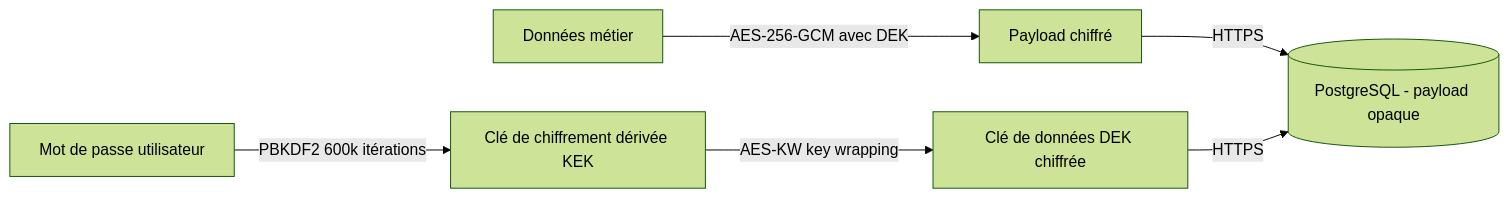
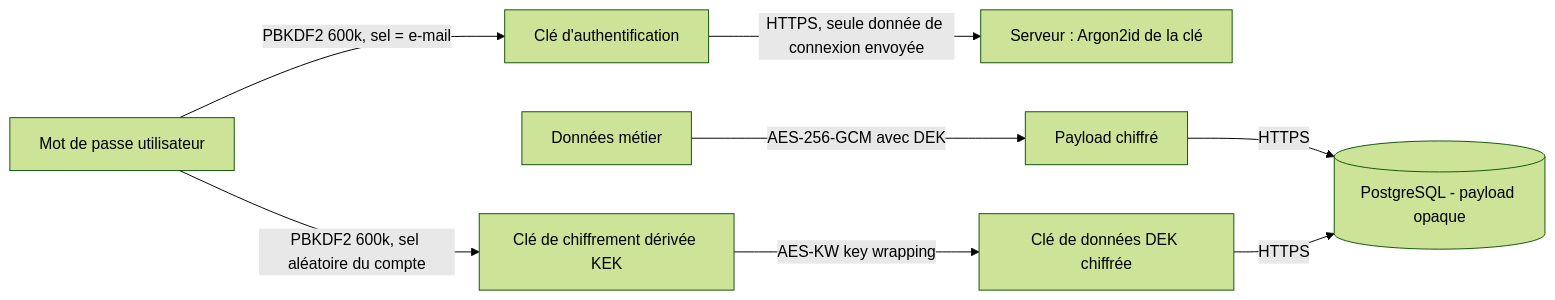
Before and after one commit to j-ned/ng-dashflow-app: the first of 2 diagrams in README.md, drawn with Mermaid (forest theme). The commit also changed other lines of this file and 12 other files, not shown here.

First line of the commit message:
feat(auth): le mot de passe ne quitte plus le navigateur (clé d'authentification dérivée)

````diff
--- a/README.md
+++ b/README.md
@@ -102,8 +102,10 @@
 ```mermaid
 graph LR
-  A[Mot de passe utilisateur] -->|PBKDF2 600k itérations| B[Clé de chiffrement dérivée KEK]
+  A[Mot de passe utilisateur] -->|PBKDF2 600k, sel aléatoire du compte| B[Clé de chiffrement dérivée KEK]
+  A -->|PBKDF2 600k, sel = e-mail| G[Clé d'authentification]
+  G -->|HTTPS, seule donnée de connexion envoyée| H[Serveur : Argon2id de la clé]
   B -->|AES-KW key wrapping| C[Clé de données DEK chiffrée]
   D[Données métier] -->|AES-256-GCM avec DEK| E[Payload chiffré]
   E -->|HTTPS| F[(PostgreSQL - payload opaque)]
   C -->|HTTPS| F
 ```
````
